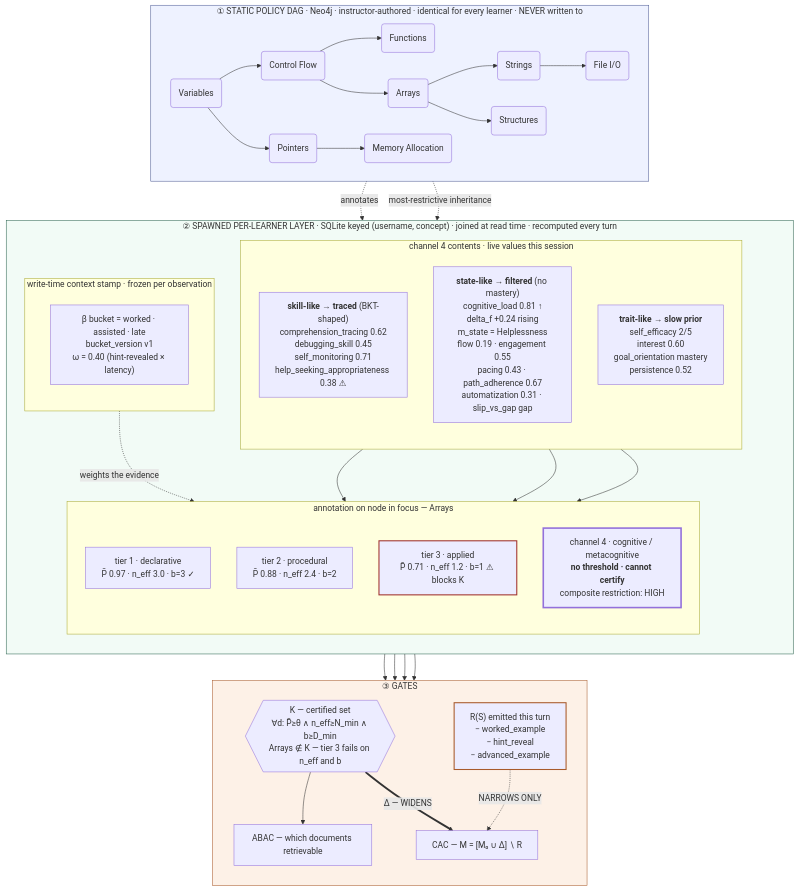
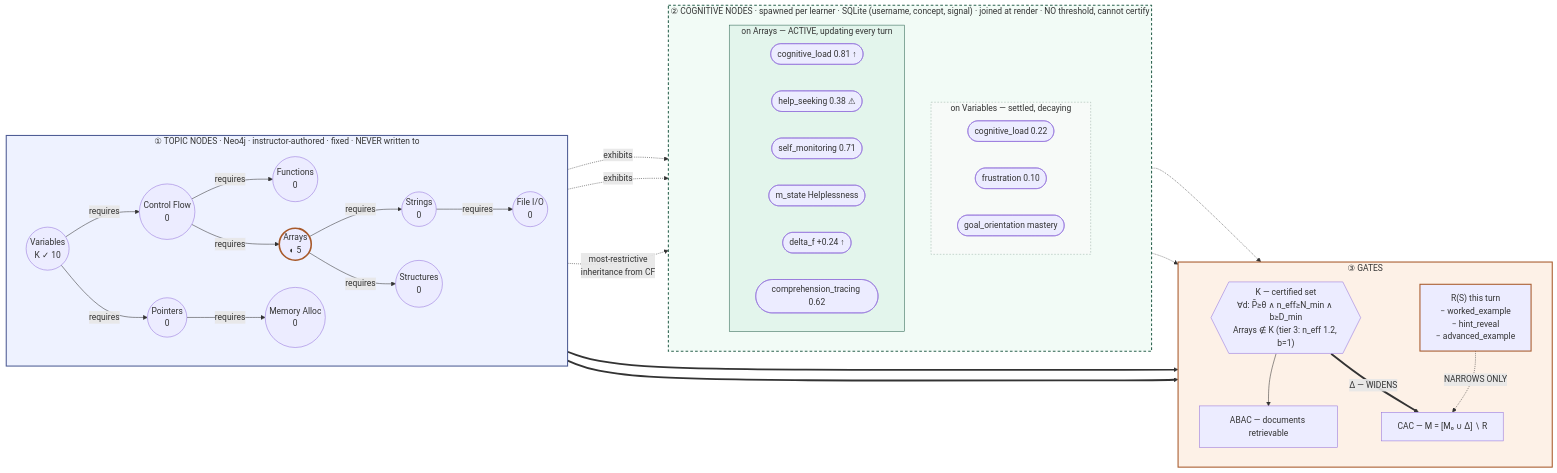
Before and after one commit to mahadyRayhan/AI-Tutor: the diagram in docs/WIRING_PLAN.md, drawn with Mermaid. The commit also changed other lines of this file, not shown here.

Commit message:
Wiring_plan

````diff
--- a/docs/WIRING_PLAN.md
+++ b/docs/WIRING_PLAN.md
@@ -21,66 +22,60 @@
 ```mermaid
-flowchart TB
+flowchart LR
 
-subgraph POLICY["① STATIC POLICY DAG · Neo4j · instructor-authored · identical for every learner · NEVER written to"]
+subgraph POLICY["① TOPIC NODES · Neo4j · instructor-authored · fixed · NEVER written to"]
 direction LR
-  Var(Variables) --> CF(Control Flow)
-  Var --> Ptr(Pointers)
-  CF --> Fun(Functions)
-  CF --> Arr(Arrays)
-  Arr --> Str(Strings)
-  Arr --> Struct(Structures)
-  Ptr --> Mem(Memory Allocation)
-  Str --> FIO(File I/O)
+  Var(("Variables<br/>K ✓ 10")) -->|requires| CF(("Control Flow<br/>0"))
+  Var -->|requires| Ptr(("Pointers<br/>0"))
+  CF -->|requires| Fun(("Functions<br/>0"))
+  CF -->|requires| Arr(("Arrays<br/>◐ 5"))
+  Arr -->|requires| Str(("Strings<br/>0"))
+  Arr -->|requires| Struct(("Structures<br/>0"))
+  Ptr -->|requires| Mem(("Memory Alloc<br/>0"))
+  Str -->|requires| FIO(("File I/O<br/>0"))
 end
 
-subgraph LEARNER["② SPAWNED PER-LEARNER LAYER · SQLite keyed (username, concept) · joined at read time · recomputed every turn"]
+subgraph SPAWNED["② COGNITIVE NODES · spawned per learner · SQLite (username, concept, signal) · joined at render · NO threshold, cannot certify"]
 direction TB
-  subgraph NODE["annotation on node in focus — Arrays"]
-  direction TB
-    T1["tier 1 · declarative<br/>P̃ 0.97 · n_eff 3.0 · b=3 ✓"]
-    T2["tier 2 · procedural<br/>P̃ 0.88 · n_eff 2.4 · b=2"]
-    T3["tier 3 · applied<br/>P̃ 0.71 · n_eff 1.2 · b=1 ⚠ blocks K"]
-    CH["channel 4 · cognitive / metacognitive<br/><b>no threshold · cannot certify</b><br/>composite restriction: HIGH"]
+  subgraph PAST["on Variables — settled, decaying"]
+    c1(["cognitive_load 0.22"])
+    c2(["frustration 0.10"])
+    c3(["goal_orientation mastery"])
   end
-  subgraph SIGNALS["channel 4 contents · live values this session"]
-  direction TB
-    SK["<b>skill-like → traced</b> (BKT-shaped)<br/>comprehension_tracing 0.62<br/>debugging_skill 0.45<br/>self_monitoring 0.71<br/>help_seeking_appropriateness 0.38 ⚠"]
-    ST2["<b>state-like → filtered</b> (no mastery)<br/>cognitive_load 0.81 ↑<br/>delta_f +0.24 rising<br/>m_state = Helplessness<br/>flow 0.19 · engagement 0.55<br/>pacing 0.43 · path_adherence 0.67<br/>automatization 0.31 · slip_vs_gap gap"]
-    TR["<b>trait-like → slow prior</b><br/>self_efficacy 2/5<br/>interest 0.60<br/>goal_orientation mastery<br/>persistence 0.52"]
-  end
-  subgraph CTX["write-time context stamp · frozen per observation"]
-  direction TB
-    BK["β bucket = worked · assisted · late<br/>bucket_version v1<br/>ω = 0.40 (hint-revealed × latency)"]
+  subgraph LIVE["on Arrays — ACTIVE, updating every turn"]
+    a1(["cognitive_load 0.81 ↑"])
+    a2(["help_seeking 0.38 ⚠"])
+    a3(["self_monitoring 0.71"])
+    a4(["m_state Helplessness"])
+    a5(["delta_f +0.24 ↑"])
+    a6(["comprehension_tracing 0.62"])
   end
 end
 
 subgraph GATES["③ GATES"]
 direction TB
-  K{{"K — certified set<br/>∀d: P̃≥θ ∧ n_eff≥N_min ∧ b≥D_min<br/>Arrays ∉ K — tier 3 fails on n_eff and b"}}
-  ABAC["ABAC — which documents retrievable"]
-  RS["R(S) emitted this turn<br/>− worked_example<br/>− hint_reveal<br/>− advanced_example"]
+  K{{"K — certified set<br/>∀d: P̃≥θ ∧ n_eff≥N_min ∧ b≥D_min<br/>Arrays ∉ K (tier 3: n_eff 1.2, b=1)"}}
+  ABAC["ABAC — documents retrievable"]
+  RS["R(S) this turn<br/>− worked_example<br/>− hint_reveal<br/>− advanced_example"]
   CAC["CAC — M = [M₀ ∪ Δ] ∖ R"]
 end
 
-Arr -.->|annotates| NODE
-CF -.->|most-restrictive inheritance| NODE
-SK --> CH
-ST2 --> CH
-TR --> CH
-BK -.->|weights the evidence| T3
+Var -. "exhibits" .-> PAST
+Arr -. "exhibits" .-> LIVE
+Arr -. "most-restrictive<br/>inheritance from CF" .-> LIVE
 
-T1 --> K
-T2 --> K
-T3 --> K
+Var ==> K
+Arr ==> K
 K --> ABAC
 K ==>|"Δ — WIDENS"| CAC
-CH --> RS
+LIVE -.-> RS
+PAST -.-> RS
 RS -.->|"NARROWS ONLY"| CAC
 
-style POLICY fill:#eef2ff,stroke:#4f5d95
-style LEARNER fill:#f2fbf6,stroke:#2c6350
-style GATES fill:#fdf1e7,stroke:#a85a2b
-style CH stroke-width:3px
-style T3 stroke:#a0322e,stroke-width:2px
+style POLICY fill:#eef2ff,stroke:#4f5d95,stroke-width:2px
+style SPAWNED fill:#f2fbf6,stroke:#2c6350,stroke-width:2px,stroke-dasharray:5 4
+style GATES fill:#fdf1e7,stroke:#a85a2b,stroke-width:2px
+style Arr stroke:#a85a2b,stroke-width:3px
 style RS stroke:#a85a2b,stroke-width:2px
+style LIVE fill:#e3f5ec,stroke:#2c6350
+style PAST fill:#f7faf8,stroke:#9bb3a8,stroke-dasharray:3 3
 ```
````
